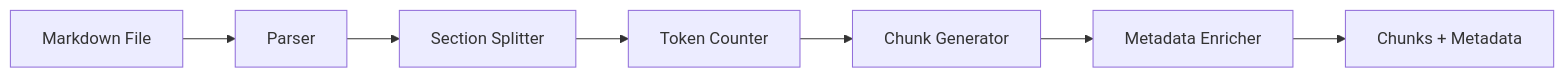
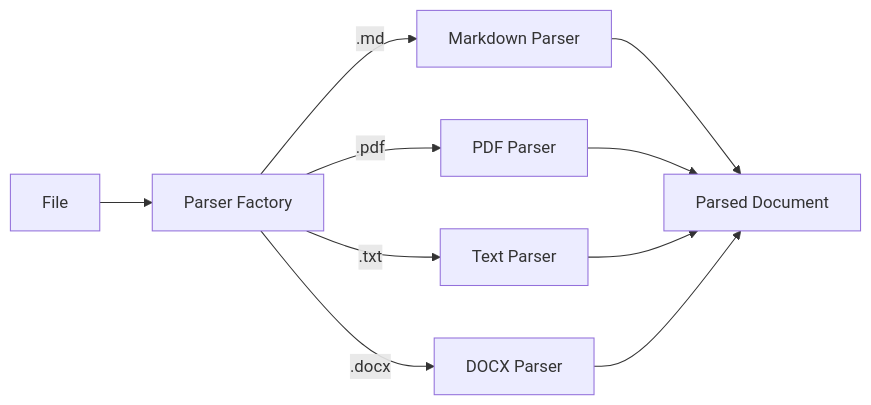
One commit to TheWinterShadow/Thoth changed the third of 5 diagrams in docs/source/architecture/ingestion.md. Above: the diagram before and after it, drawn with Mermaid. The commit also changed other lines of this file and 27 other files, not shown here.

````diff
--- a/docs/source/architecture/ingestion.md
+++ b/docs/source/architecture/ingestion.md
@@ -104,9 +125,9 @@
 ```mermaid
 flowchart LR
-    MD[Markdown File] --> P[Parser]
-    P --> S[Section Splitter]
-    S --> T[Token Counter]
-    T --> C[Chunk Generator]
-    C --> M[Metadata Enricher]
-    M --> O[Chunks + Metadata]
+    F[File] --> PF[Parser Factory]
+    PF -->|.md| MP[Markdown Parser]
+    PF -->|.pdf| PP[PDF Parser]
+    PF -->|.txt| TP[Text Parser]
+    PF -->|.docx| DP[DOCX Parser]
+    MP & PP & TP & DP --> PD[Parsed Document]
 ```
````
